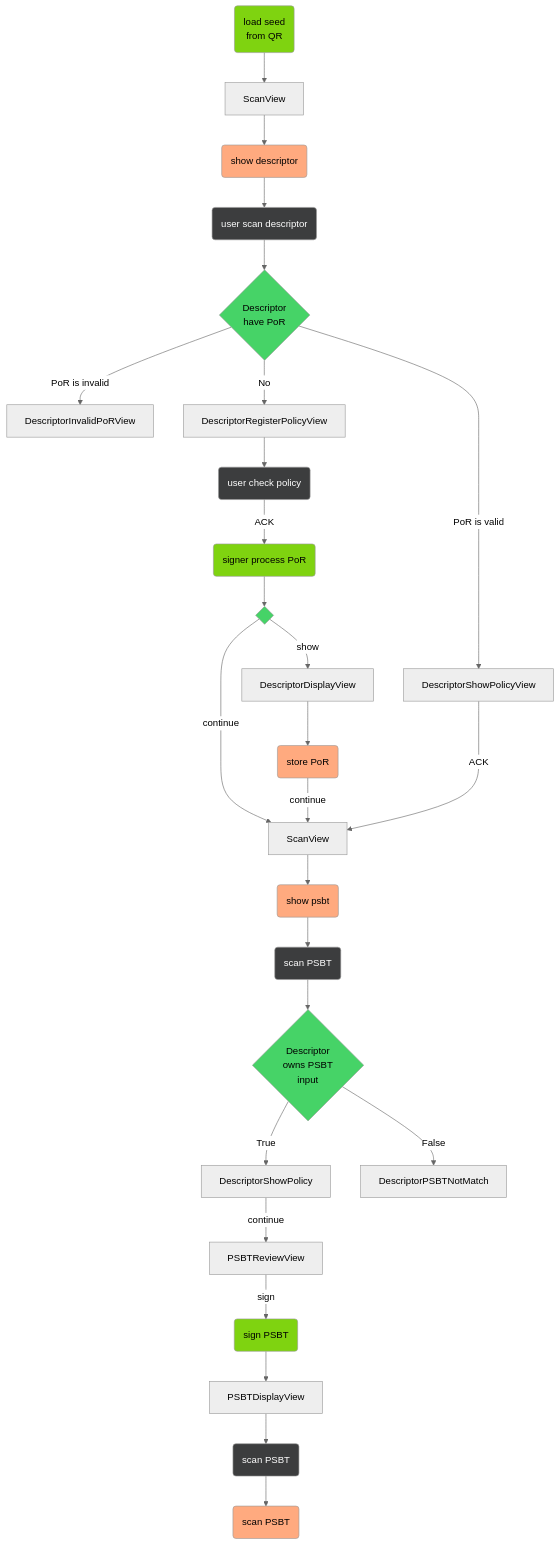
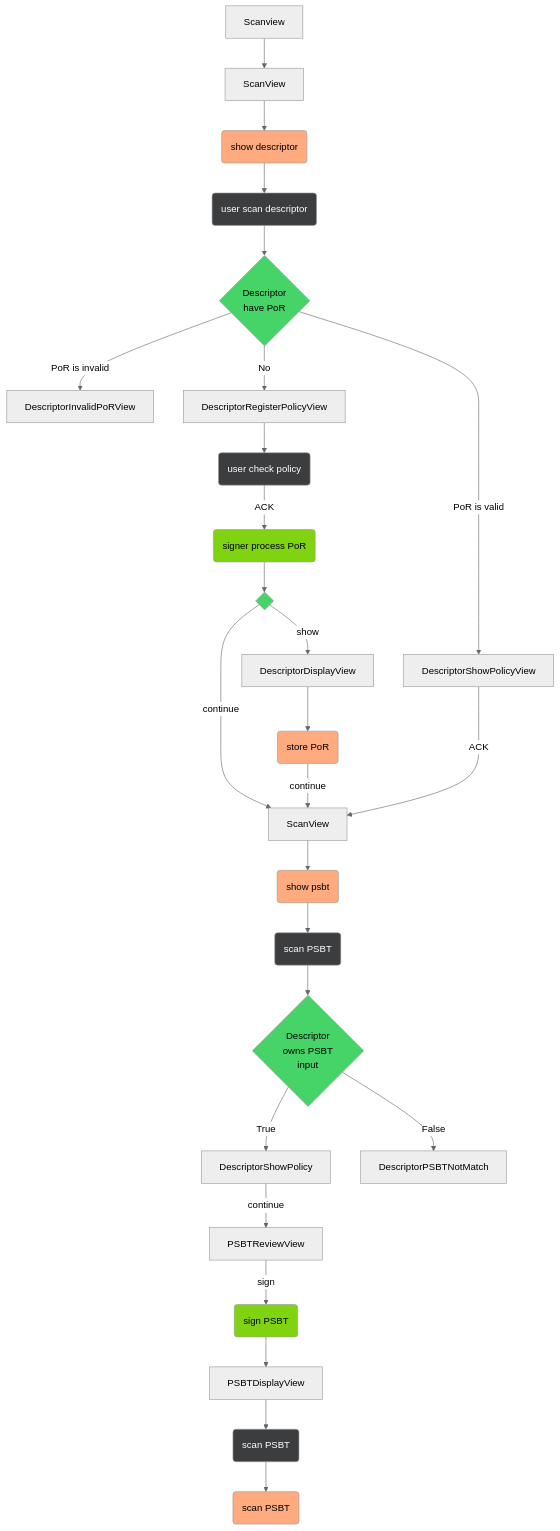
One commit to pythcoiner/seedsigner changed the second of 3 diagrams in docs/workflow_charts/miniscript_path.md. Above: the diagram before and after it, drawn with Mermaid (neutral theme). The commit also changed 3 other files, not shown here.

```diff
--- a/docs/workflow_charts/miniscript_path.md
+++ b/docs/workflow_charts/miniscript_path.md
@@ -31,8 +31,7 @@
 
 
     
-S0(load seed\n from QR)
-S0:::signer -->
+V-10[Scanview] -->
 
 V1[ScanView] --> 
 
```
